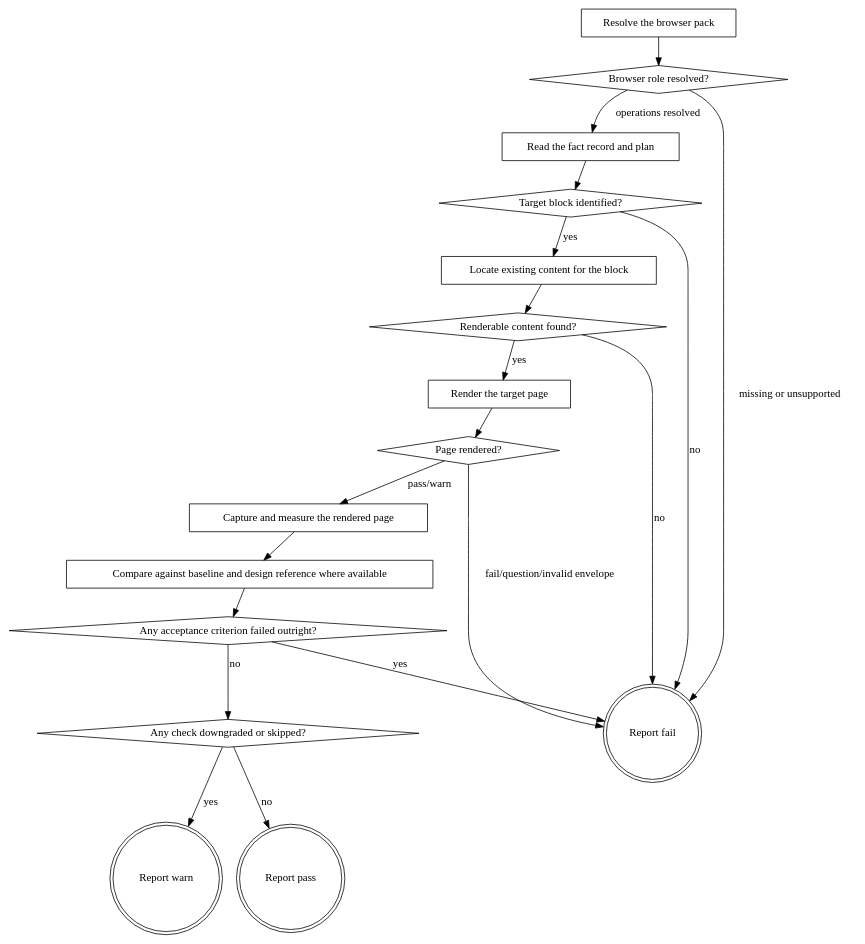
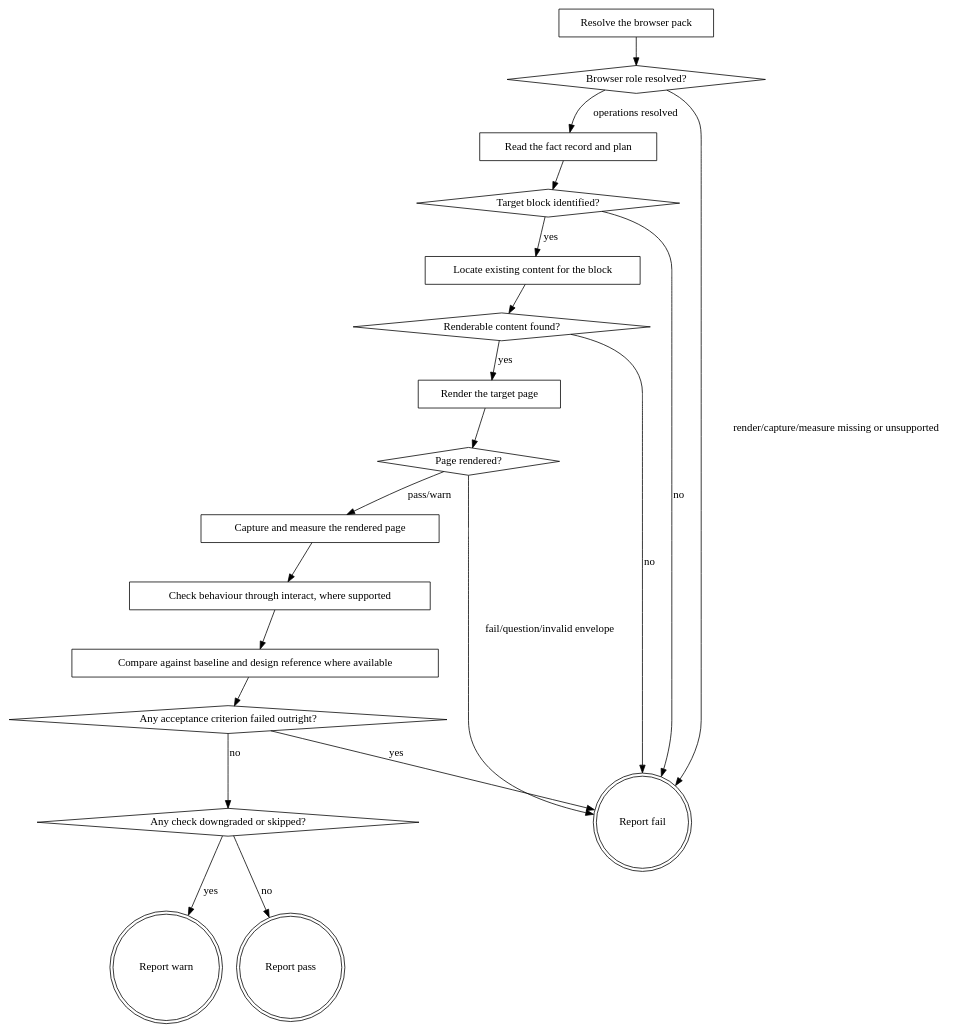
One commit to agenticDraft/aem-eds-ai-workflow-demo changed the diagram in plugins/eds/skills/eds-verify/SKILL.md. Above: the diagram before and after it, drawn with Graphviz. The commit also changed other lines of this file and 7 other files, not shown here.

````diff
--- a/plugins/eds/skills/eds-verify/SKILL.md
+++ b/plugins/eds/skills/eds-verify/SKILL.md
@@ -44,38 +49,40 @@
 ```dot
 digraph eds_verify {
     "Resolve the browser pack" [shape=box];
     "Browser role resolved?" [shape=diamond];
     "Read the fact record and plan" [shape=box];
     "Target block identified?" [shape=diamond];
     "Locate existing content for the block" [shape=box];
     "Renderable content found?" [shape=diamond];
     "Render the target page" [shape=box];
     "Page rendered?" [shape=diamond];
     "Capture and measure the rendered page" [shape=box];
+    "Check behaviour through interact, where supported" [shape=box];
     "Compare against baseline and design reference where available" [shape=box];
     "Any acceptance criterion failed outright?" [shape=diamond];
     "Any check downgraded or skipped?" [shape=diamond];
     "Report fail" [shape=doublecircle];
     "Report warn" [shape=doublecircle];
     "Report pass" [shape=doublecircle];
 
     "Resolve the browser pack" -> "Browser role resolved?";
     "Browser role resolved?" -> "Read the fact record and plan" [label="operations resolved"];
-    "Browser role resolved?" -> "Report fail" [label="missing or unsupported"];
+    "Browser role resolved?" -> "Report fail" [label="render/capture/measure missing or unsupported"];
     "Read the fact record and plan" -> "Target block identified?";
     "Target block identified?" -> "Locate existing content for the block" [label="yes"];
     "Target block identified?" -> "Report fail" [label="no"];
     "Locate existing content for the block" -> "Renderable content found?";
     "Renderable content found?" -> "Render the target page" [label="yes"];
     "Renderable content found?" -> "Report fail" [label="no"];
     "Render the target page" -> "Page rendered?";
     "Page rendered?" -> "Capture and measure the rendered page" [label="pass/warn"];
     "Page rendered?" -> "Report fail" [label="fail/question/invalid envelope"];
-    "Capture and measure the rendered page" -> "Compare against baseline and design reference where available";
+    "Capture and measure the rendered page" -> "Check behaviour through interact, where supported";
+    "Check behaviour through interact, where supported" -> "Compare against baseline and design reference where available";
     "Compare against baseline and design reference where available" -> "Any acceptance criterion failed outright?";
     "Any acceptance criterion failed outright?" -> "Report fail" [label="yes"];
     "Any acceptance criterion failed outright?" -> "Any check downgraded or skipped?" [label="no"];
     "Any check downgraded or skipped?" -> "Report warn" [label="yes"];
     "Any check downgraded or skipped?" -> "Report pass" [label="no"];
 }
 ```
````
